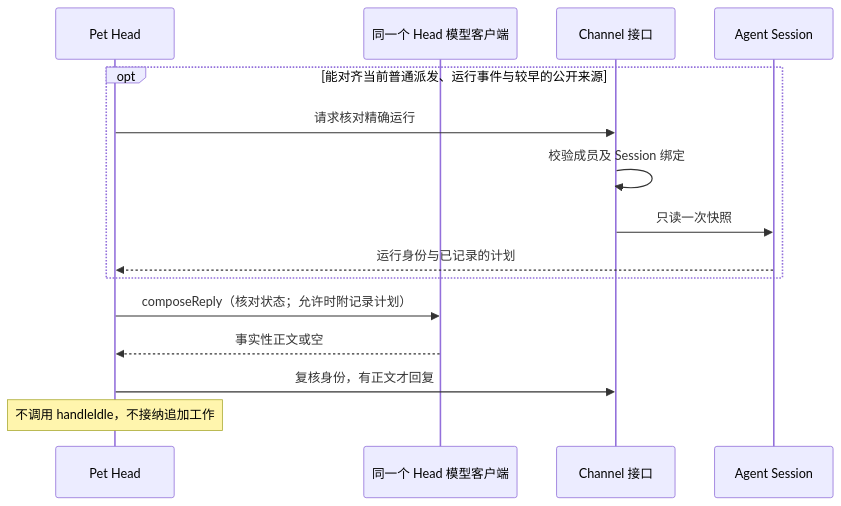
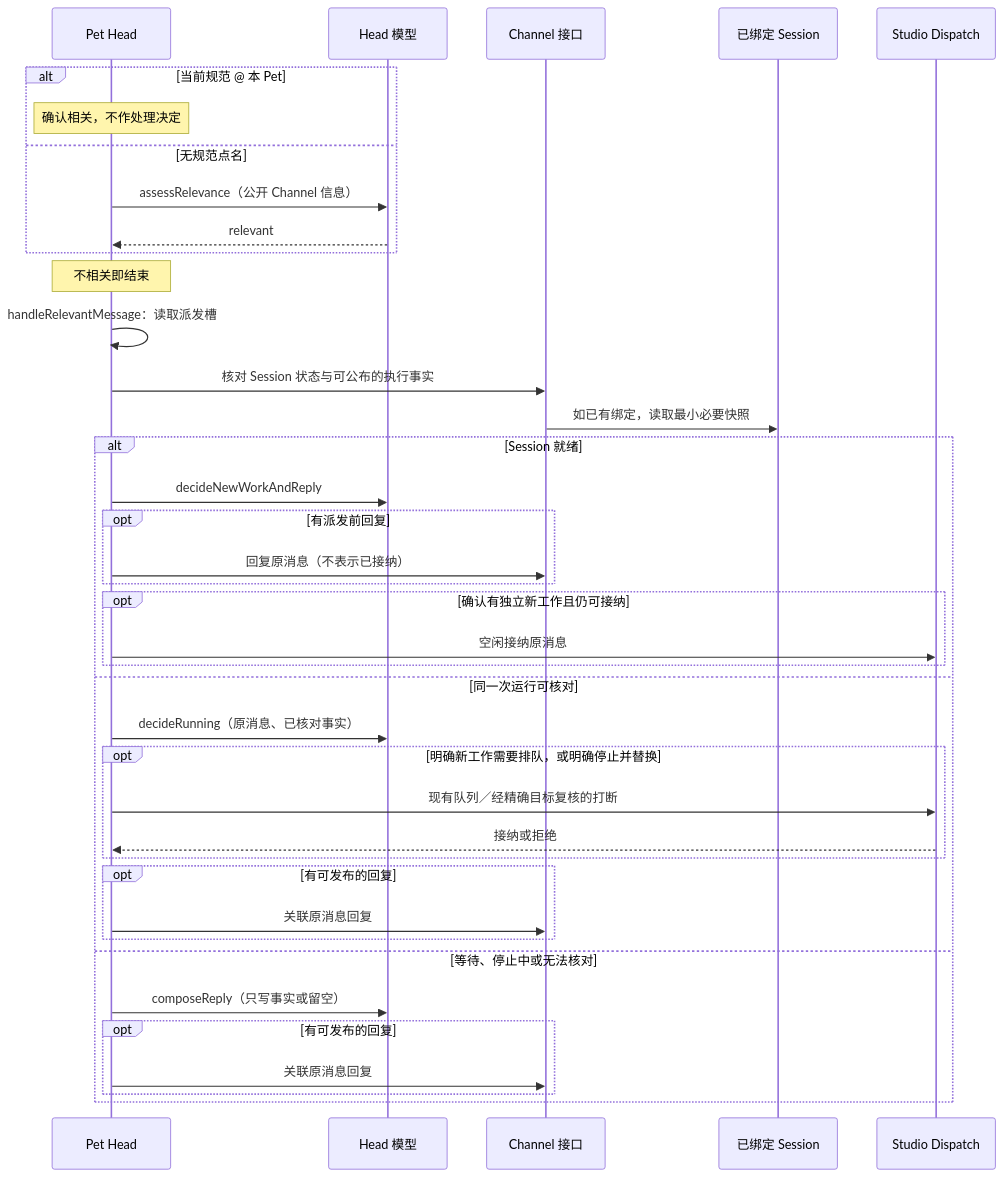
One commit to pinpawo/pinpawo-agent changed the second of 3 diagrams in docs/design/studio/pet-head-mechanism.md. Above: the diagram before and after it, drawn with Mermaid. The commit also changed other lines of this file and 31 other files, not shown here.

Commit message:
Make Pet Head handling Session-aware after relevance

````diff
--- a/docs/design/studio/pet-head-mechanism.md
+++ b/docs/design/studio/pet-head-mechanism.md
@@ -101,17 +57,41 @@
 ```mermaid
 sequenceDiagram
     participant H as Pet Head
-    participant M as 同一个 Head 模型客户端
+    participant M as Head 模型
     participant C as Channel 接口
-    participant S as Agent Session
-    opt 能对齐当前普通派发、运行事件与较早的公开来源
-        H->>C: 请求核对精确运行
-        C->>C: 校验成员及 Session 绑定
-        C->>S: 只读一次快照
-        S-->>H: 运行身份与已记录的计划
+    participant S as 已绑定 Session
+    participant D as Studio Dispatch
+    alt 当前规范 @ 本 Pet
+        Note over H: 确认相关，不作处理决定
+    else 无规范点名
+        H->>M: assessRelevance（公开 Channel 信息）
+        M-->>H: relevant
     end
-    H->>M: composeReply（核对状态；允许时附记录计划）
-    M-->>H: 事实性正文或空
-    H->>C: 复核身份，有正文才回复
-    Note over H: 不调用 handleIdle，不接纳追加工作
+    Note over H: 不相关即结束
+    H->>H: handleRelevantMessage：读取派发槽
+    H->>C: 核对 Session 状态与可公布的执行事实
+    C->>S: 如已有绑定，读取最小必要快照
+    alt Session 就绪
+        H->>M: decideNewWorkAndReply
+        opt 有派发前回复
+            H->>C: 回复原消息（不表示已接纳）
+        end
+        opt 确认有独立新工作且仍可接纳
+            H->>D: 空闲接纳原消息
+        end
+    else 同一次运行可核对
+        H->>M: decideRunning（原消息、已核对事实）
+        opt 明确新工作需要排队，或明确停止并替换
+            H->>D: 现有队列／经精确目标复核的打断
+            D-->>H: 接纳或拒绝
+        end
+        opt 有可发布的回复
+            H->>C: 关联原消息回复
+        end
+    else 等待、停止中或无法核对
+        H->>M: composeReply（只写事实或留空）
+        opt 有可发布的回复
+            H->>C: 关联原消息回复
+        end
+    end
 ```
````
